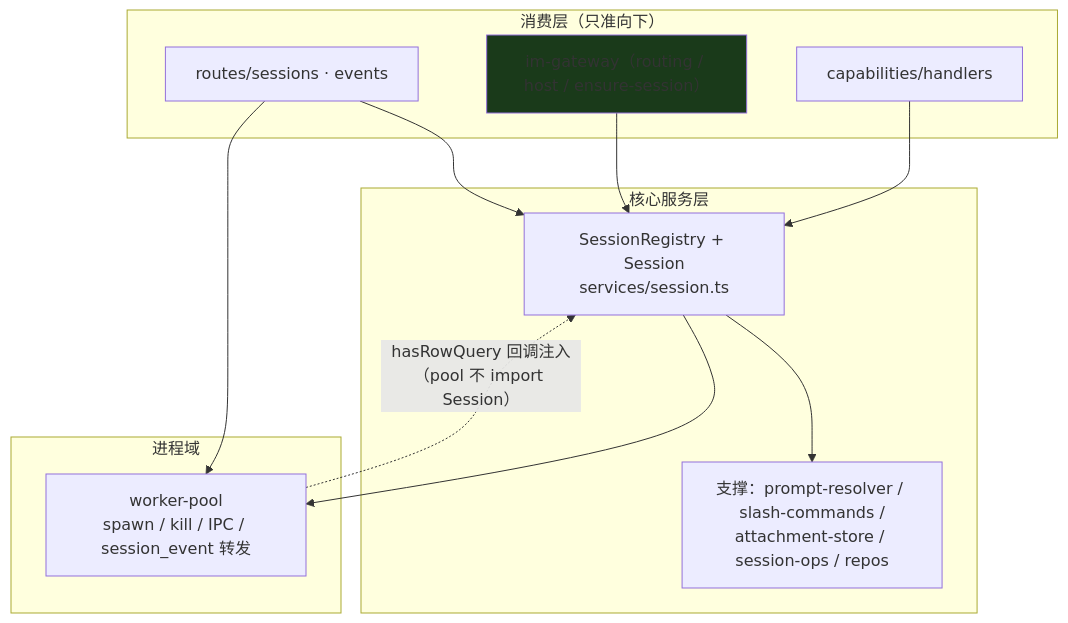
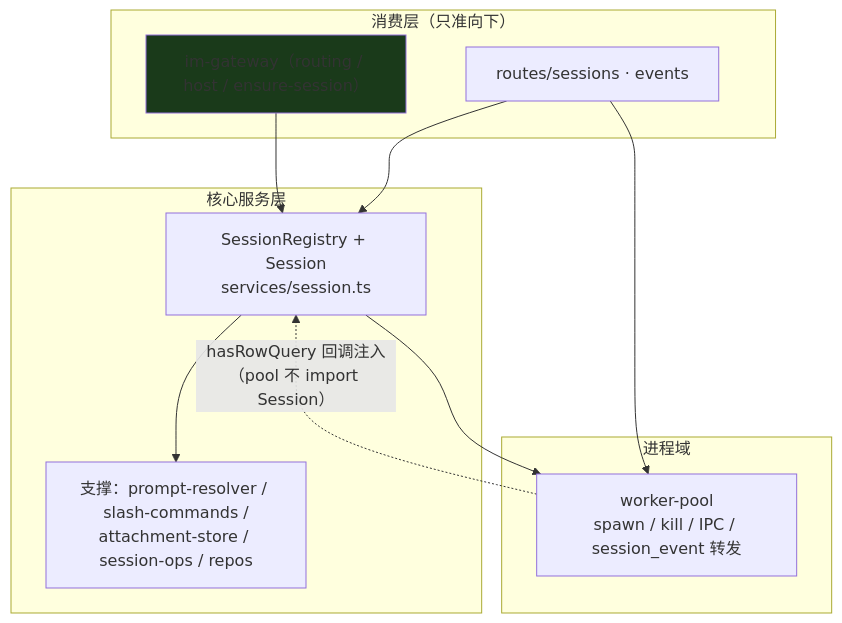
Before and after one commit to shinexsf/pi-agent-platform: the diagram in doc/architecture/pi-agent-server_invariants.md, drawn with Mermaid. The commit also changed other lines of this file and 20 other files, not shown here.

````diff
--- a/doc/architecture/pi-agent-server_invariants.md
+++ b/doc/architecture/pi-agent-server_invariants.md
@@ -50,23 +50,21 @@
 ```mermaid
 flowchart TB
     subgraph L1["消费层（只准向下）"]
         R1["routes/sessions · events"]
         R2["im-gateway（routing / host / ensure-session）"]
-        R3["capabilities/handlers"]
     end
     subgraph L2["核心服务层"]
         SR["SessionRegistry + Session<br/>services/session.ts"]
         SUP["支撑：prompt-resolver / slash-commands /<br/>attachment-store / session-ops / repos"]
     end
     subgraph L3["进程域"]
         WP["worker-pool<br/>spawn / kill / IPC / session_event 转发"]
     end
     R1 --> SR
     R2 --> SR
-    R3 --> SR
     R1 --> WP
     SR --> SUP
     SR --> WP
     WP -.->|"hasRowQuery 回调注入<br/>（pool 不 import Session）"| SR
     style R2 fill:#1a3a1a
 ```
````
